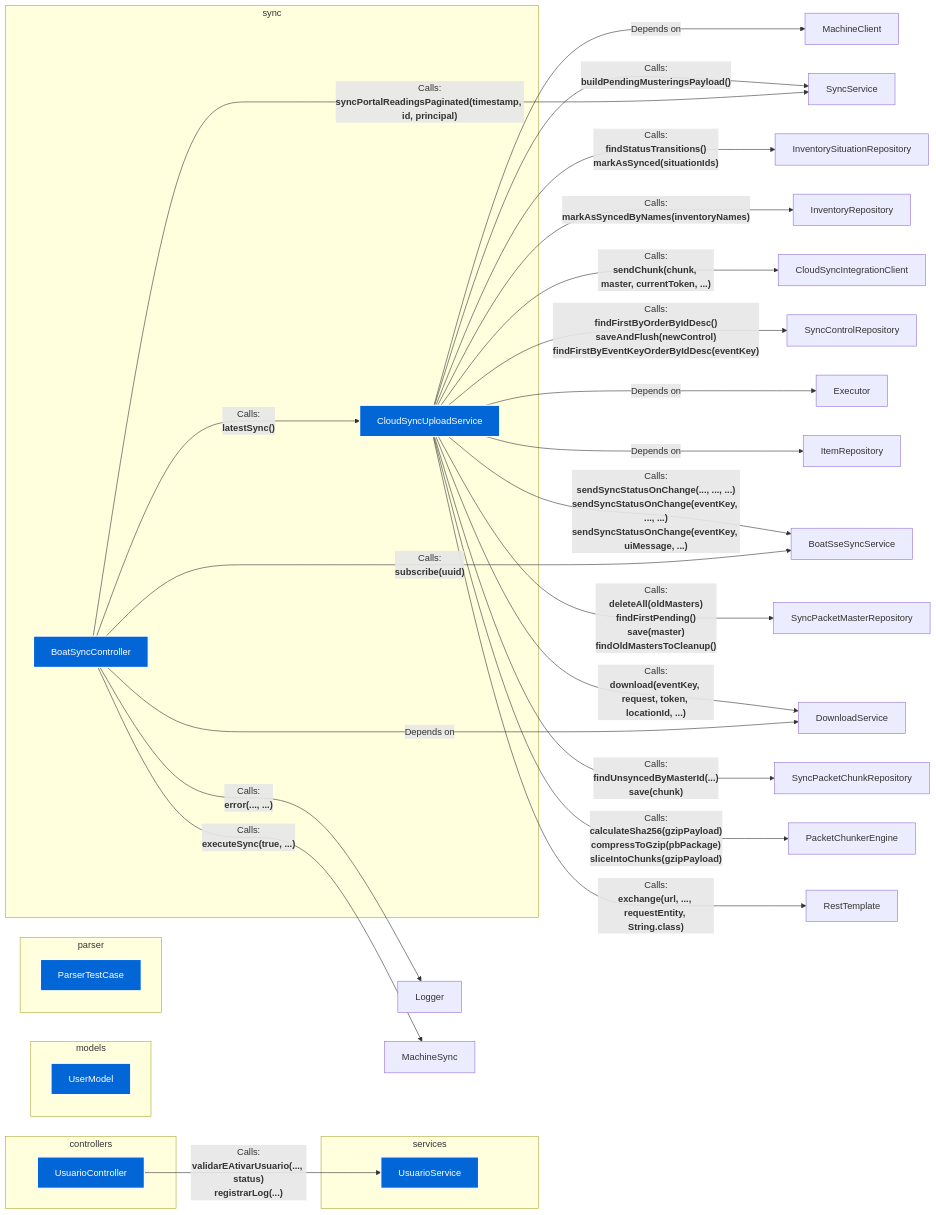
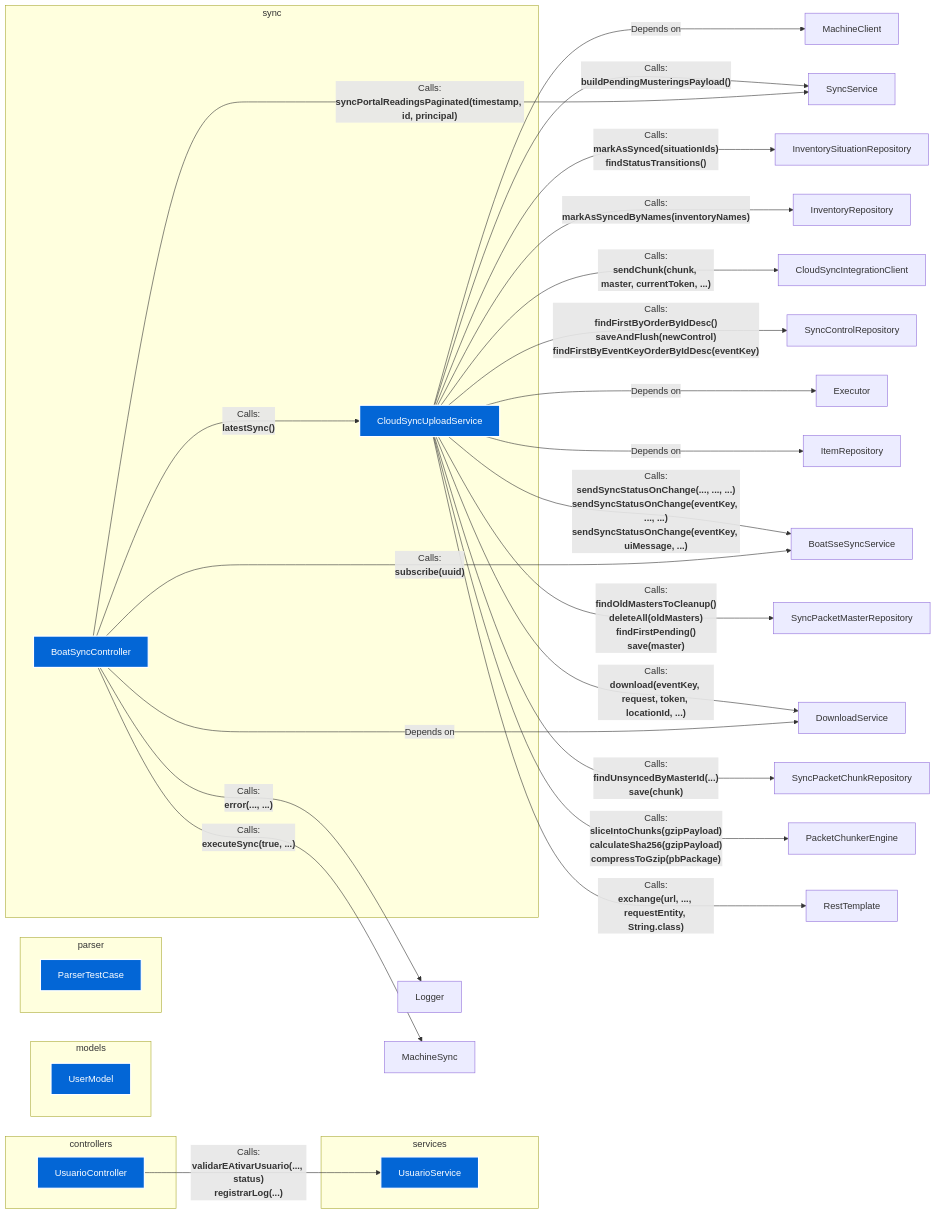
Before and after one commit to FelipeMCassiano/geanky: the diagram in docs/00_Architecture_Overview.md, drawn with Mermaid. The commit also changed 6 other files, not shown here.

```diff
--- a/docs/00_Architecture_Overview.md
+++ b/docs/00_Architecture_Overview.md
@@ -144,7 +144,7 @@
     
         
         
-            CloudSyncUploadService -->|"Calls:<br><b>findStatusTransitions()<br>markAsSynced(situationIds)</b>"| InventorySituationRepository
+            CloudSyncUploadService -->|"Calls:<br><b>markAsSynced(situationIds)<br>findStatusTransitions()</b>"| InventorySituationRepository
         
     
     
@@ -207,7 +207,7 @@
     
         
         
-            CloudSyncUploadService -->|"Calls:<br><b>deleteAll(oldMasters)<br>findFirstPending()<br>save(master)<br>findOldMastersToCleanup()</b>"| SyncPacketMasterRepository
+            CloudSyncUploadService -->|"Calls:<br><b>findOldMastersToCleanup()<br>deleteAll(oldMasters)<br>findFirstPending()<br>save(master)</b>"| SyncPacketMasterRepository
         
     
     
@@ -221,7 +221,7 @@
     
         
         
-            CloudSyncUploadService -->|"Calls:<br><b>calculateSha256(gzipPayload)<br>compressToGzip(pbPackage)<br>sliceIntoChunks(gzipPayload)</b>"| PacketChunkerEngine
+            CloudSyncUploadService -->|"Calls:<br><b>sliceIntoChunks(gzipPayload)<br>calculateSha256(gzipPayload)<br>compressToGzip(pbPackage)</b>"| PacketChunkerEngine
         
     
     
```
